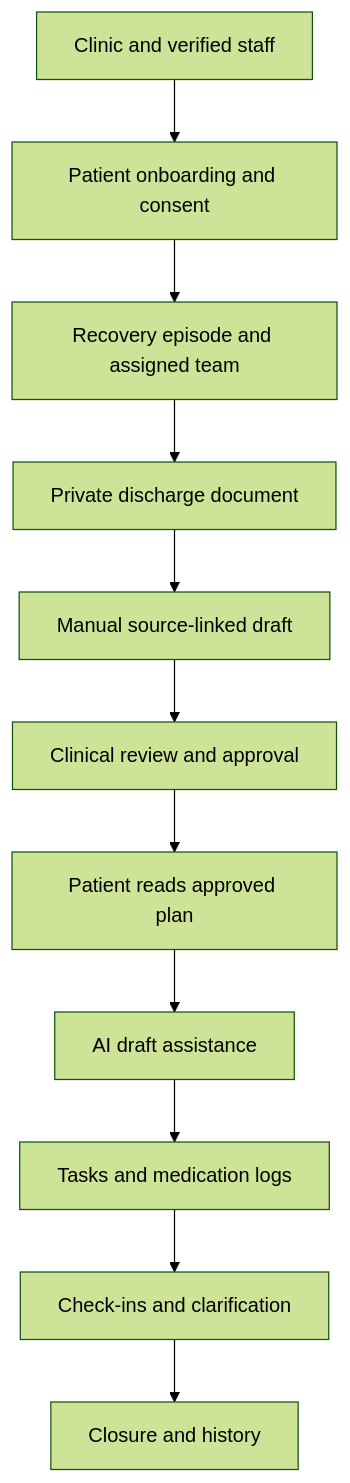
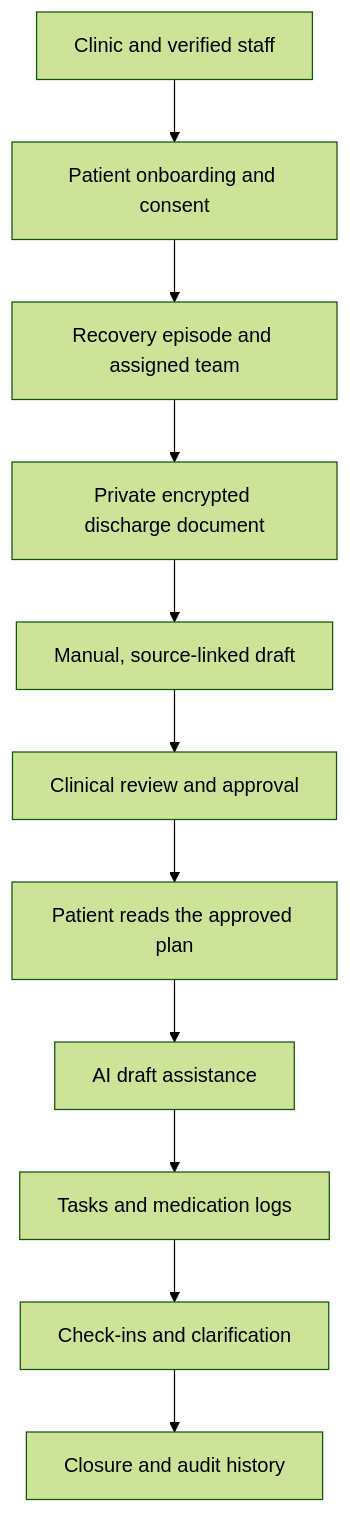
The diagram in README.md (Swayamjain1240/Velora), drawn with Mermaid (forest theme) before and after one commit. The commit also changed other lines of this file, not shown here.

````diff
--- a/README.md
+++ b/README.md
@@ -112,13 +81,13 @@
 ```mermaid
 flowchart TD
     A[Clinic and verified staff] --> B[Patient onboarding and consent]
     B --> C[Recovery episode and assigned team]
-    C --> D[Private discharge document]
-    D --> E[Manual source-linked draft]
+    C --> D[Private encrypted discharge document]
+    D --> E[Manual, source-linked draft]
     E --> F[Clinical review and approval]
-    F --> G[Patient reads approved plan]
+    F --> G[Patient reads the approved plan]
     G --> H[AI draft assistance]
     H --> I[Tasks and medication logs]
     I --> J[Check-ins and clarification]
-    J --> K[Closure and history]
+    J --> K[Closure and audit history]
 ```
````
